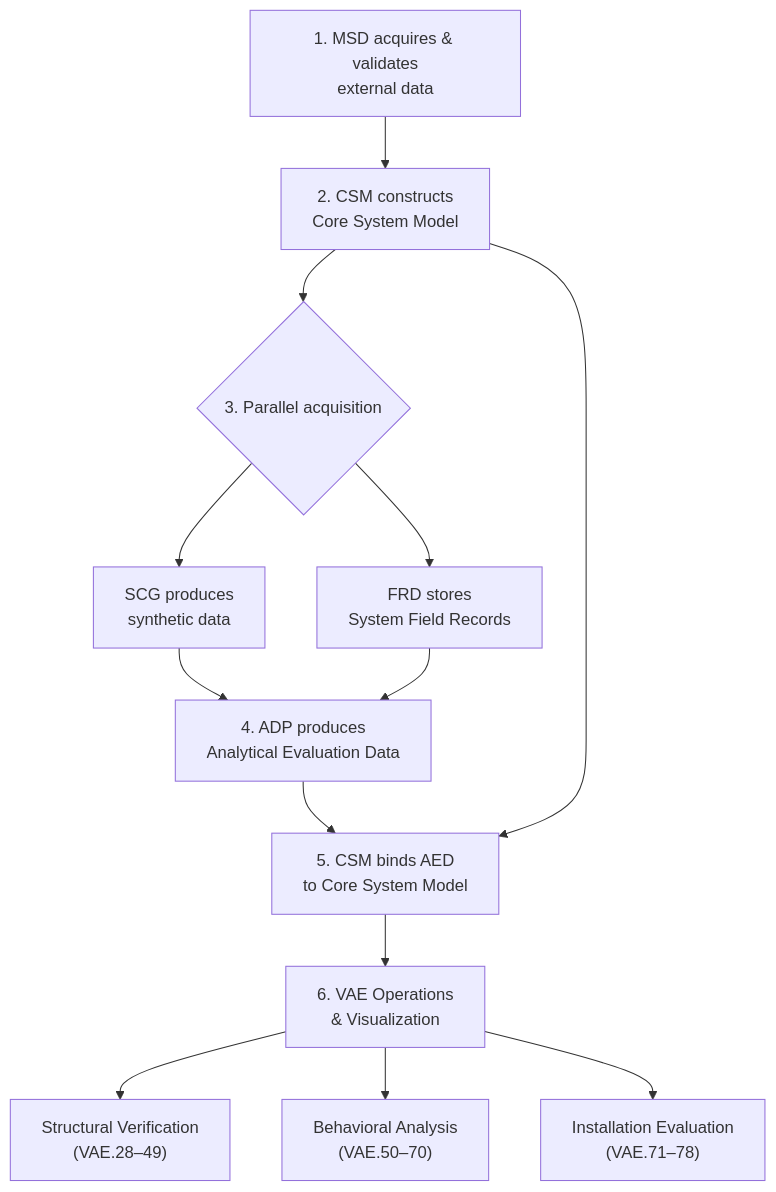
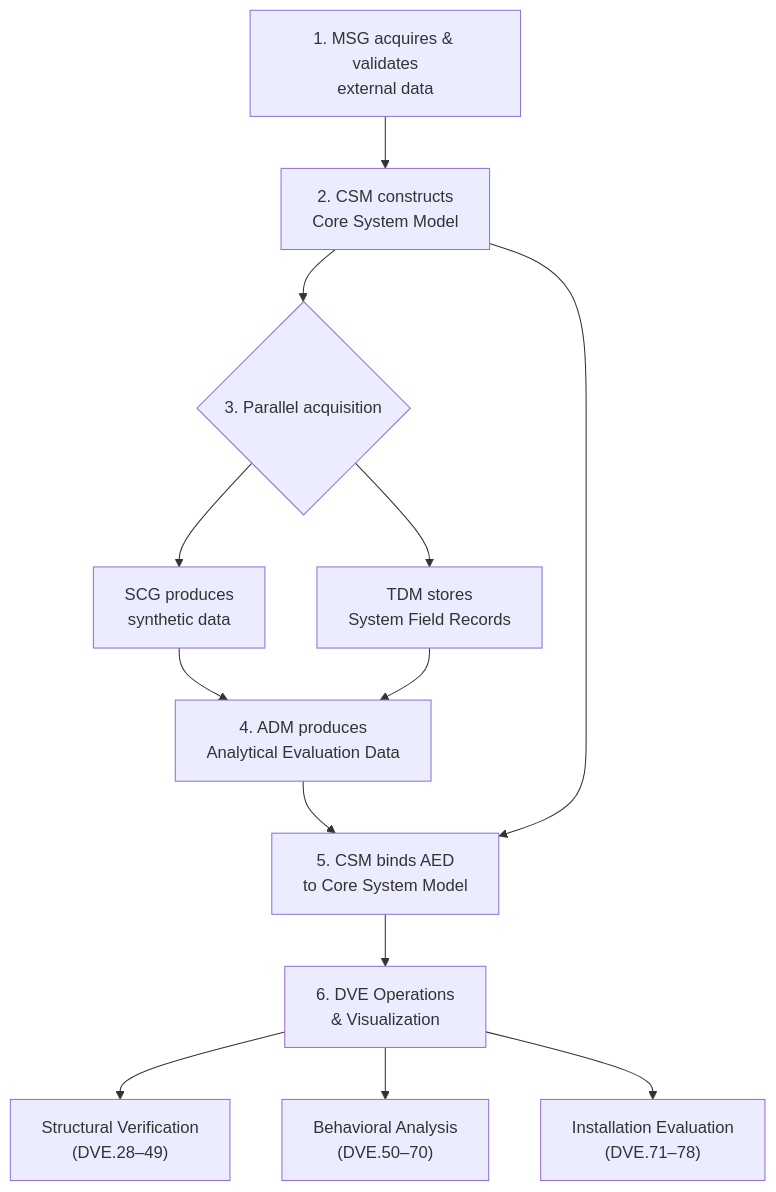
Before and after one commit to onuralpyigit/system-as-a-graph: the first of 2 diagrams in docs/design/SDD.md, drawn with Mermaid. The commit also changed other lines of this file and 8 other files, not shown here.

````diff
--- a/docs/design/SDD.md
+++ b/docs/design/SDD.md
@@ -47,15 +47,15 @@
 ```mermaid
 flowchart TD
-    A["1. MSD acquires &amp; validates<br/>external data"] --> B["2. CSM constructs<br/>Core System Model"]
+    A["1. MSG acquires &amp; validates<br/>external data"] --> B["2. CSM constructs<br/>Core System Model"]
     B --> C{"3. Parallel acquisition"}
     C --> D["SCG produces<br/>synthetic data"]
-    C --> E["FRD stores<br/>System Field Records"]
-    D --> F["4. ADP produces<br/>Analytical Evaluation Data"]
+    C --> E["TDM stores<br/>System Field Records"]
+    D --> F["4. ADM produces<br/>Analytical Evaluation Data"]
     E --> F
     F --> G["5. CSM binds AED<br/>to Core System Model"]
     B --> G
-    G --> H["6. VAE Operations<br/>&amp; Visualization"]
-    H --> I["Structural Verification<br/>(VAE.28–49)"]
-    H --> J["Behavioral Analysis<br/>(VAE.50–70)"]
-    H --> K["Installation Evaluation<br/>(VAE.71–78)"]
+    G --> H["6. DVE Operations<br/>&amp; Visualization"]
+    H --> I["Structural Verification<br/>(DVE.28–49)"]
+    H --> J["Behavioral Analysis<br/>(DVE.50–70)"]
+    H --> K["Installation Evaluation<br/>(DVE.71–78)"]
 ```
````
